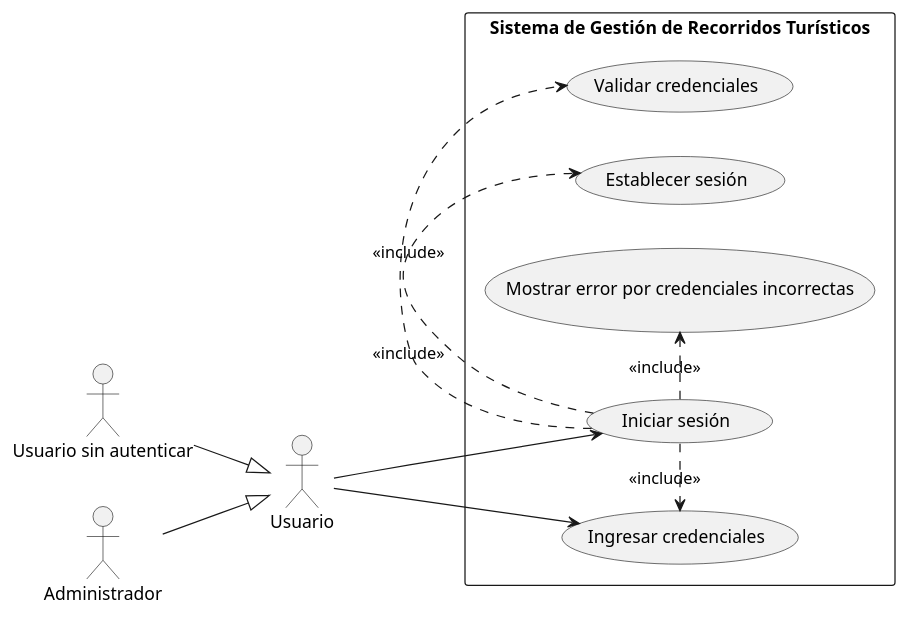
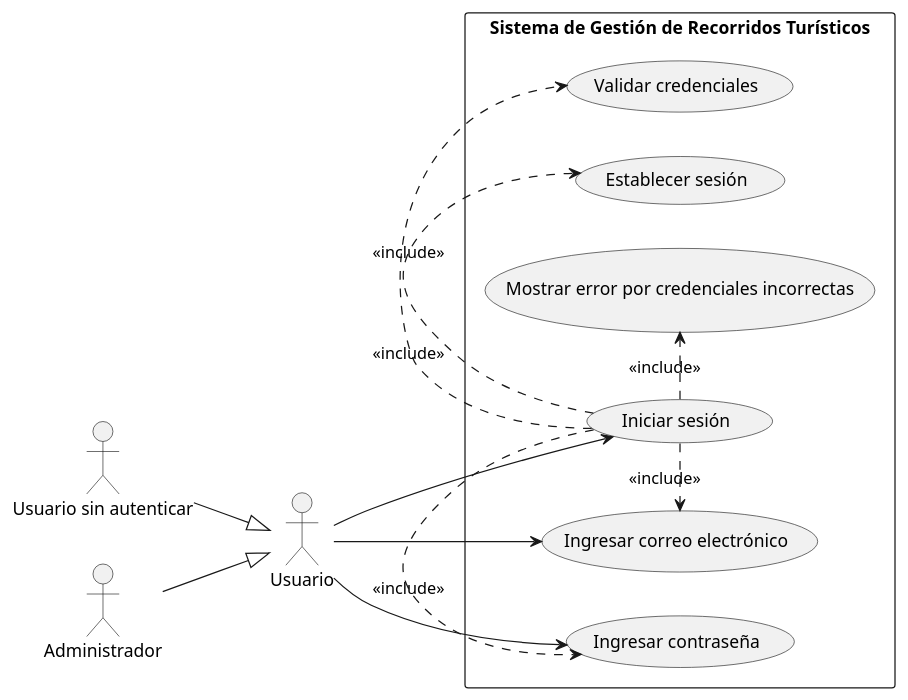
One commit to LauKnitIn/SISTEMA-GESTOR-DE-RECORRIDOS changed the diagram in diagramas_modulo_autenticacion/casos-uso-modulo-autenticacion/CU_Iniciar_sesión.puml. Above: the diagram before and after it, drawn with PlantUML. The commit also changed 11 other files, not shown here.

Commit message:
Se modificaron los diagramas de secuencia y actividades del módulo de autenticación

```diff
--- a/diagramas_modulo_autenticacion/casos-uso-modulo-autenticacion/CU_Iniciar_sesión.puml
+++ b/diagramas_modulo_autenticacion/casos-uso-modulo-autenticacion/CU_Iniciar_sesión.puml
@@ -1,23 +1,25 @@
 @startuml
 left to right direction
 
 actor Usuario
 actor "Usuario sin autenticar" as UNoAuth
 actor Administrador
 
 UNoAuth --|> Usuario
 Administrador --|> Usuario
 
 rectangle "Sistema de Gestión de Recorridos Turísticos" {
 
   Usuario --> (Iniciar sesión)
-  Usuario --> (Ingresar credenciales)
+  Usuario --> (Ingresar correo electrónico)
+  Usuario --> (Ingresar contraseña)
 
-  (Iniciar sesión) .> (Ingresar credenciales) : <<include>>
+  (Iniciar sesión) .> (Ingresar correo electrónico) : <<include>>
+  (Iniciar sesión) .> (Ingresar contraseña) : <<include>>
   (Iniciar sesión) .> (Validar credenciales) : <<include>>
   (Iniciar sesión) .> (Establecer sesión) : <<include>>
   (Iniciar sesión) .> (Mostrar error por credenciales incorrectas) : <<include>>
 
 }
 
 @enduml
```
